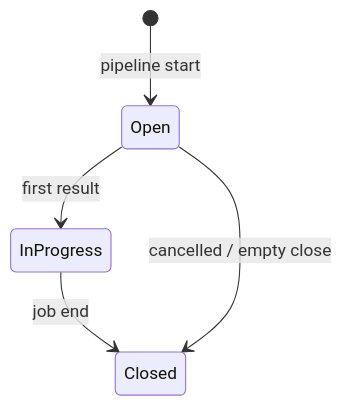
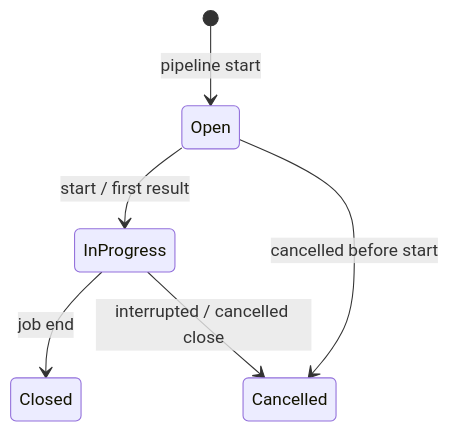
Before and after one commit to Ihor-Meat-Proxy/Vulyk: the fourth of 4 diagrams in docs/guides/ci-integration.md, drawn with Mermaid. The commit also changed other lines of this file and 13 other files, not shown here.

````diff
--- a/docs/guides/ci-integration.md
+++ b/docs/guides/ci-integration.md
@@ -227,7 +233,8 @@
 ```mermaid
 stateDiagram-v2
   [*] --> Open: pipeline start
-  Open --> InProgress: first result
+  Open --> InProgress: start / first result
   InProgress --> Closed: job end
-  Open --> Closed: cancelled / empty close
+  InProgress --> Cancelled: interrupted / cancelled close
+  Open --> Cancelled: cancelled before start
 ```
````
